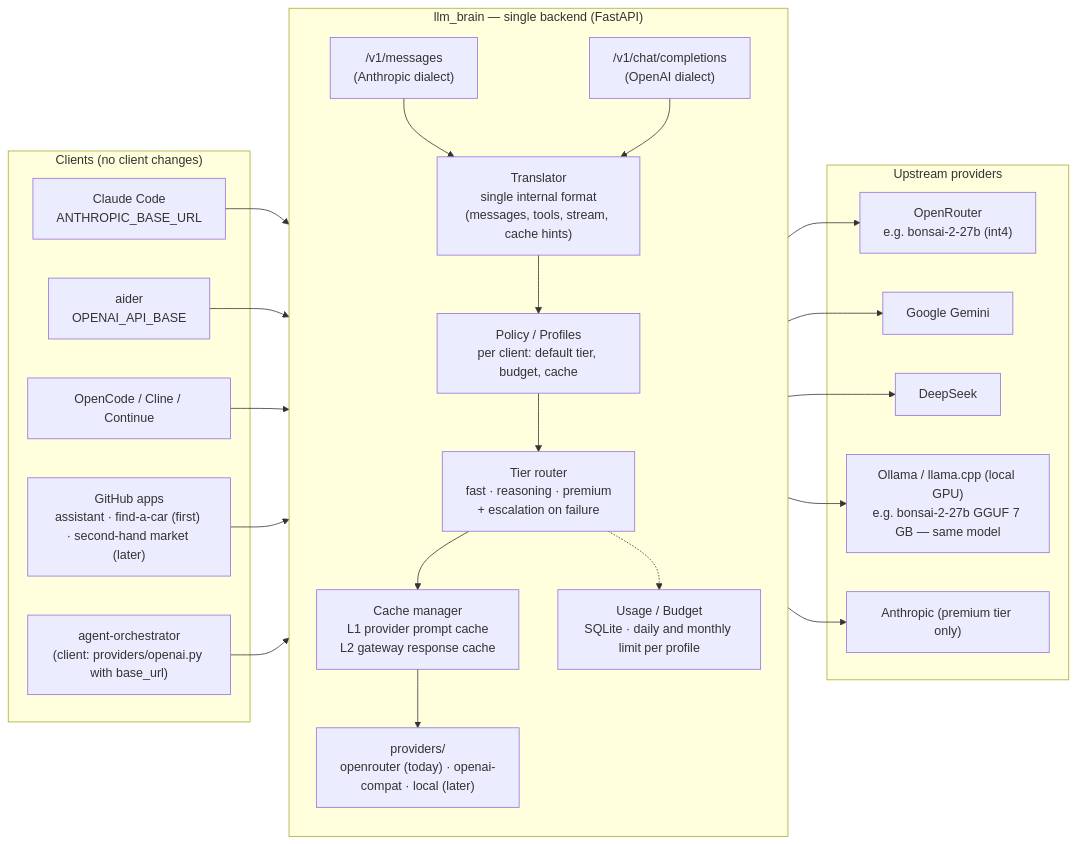
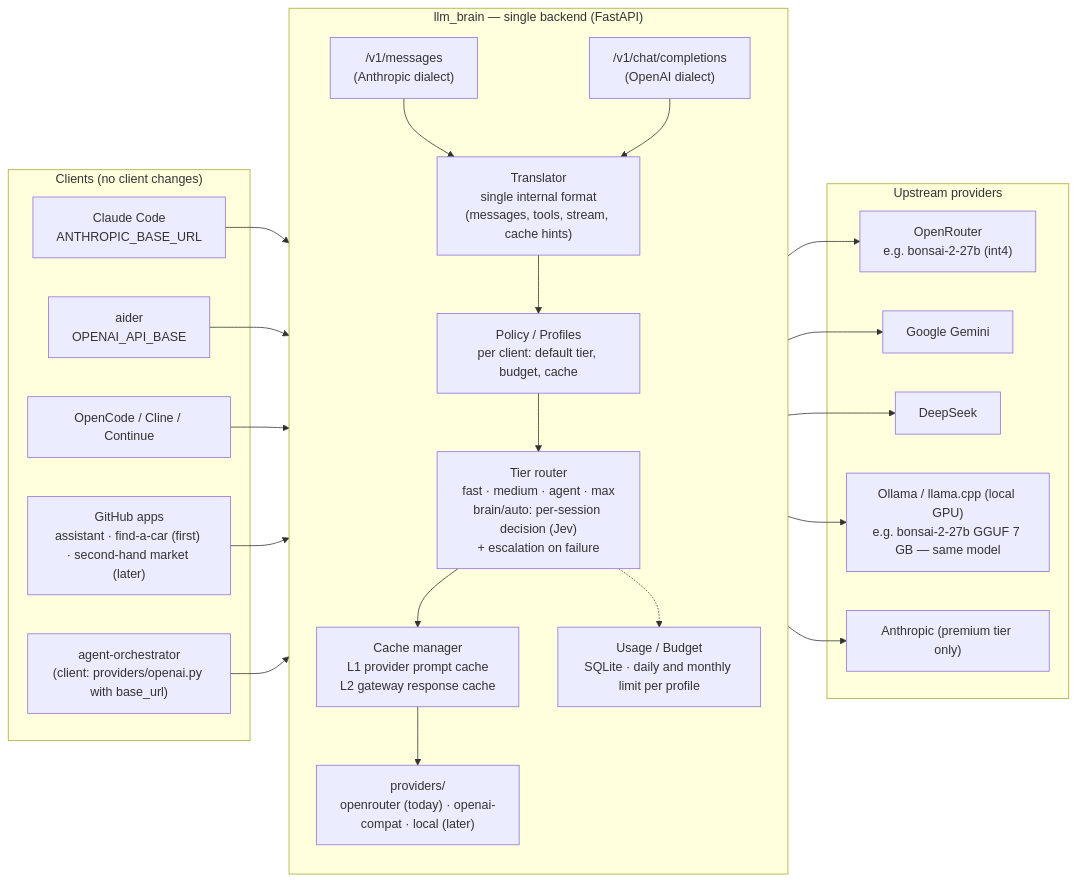
The diagram in diagrams/01-system-overview.mmd (pjcau/llm_brain), drawn with Mermaid before and after one commit. The commit also changed 18 other files, not shown here.

First line of the commit message:
feat(proxy): brain/auto — tier chosen once per session by a decision model

```diff
--- a/diagrams/01-system-overview.mmd
+++ b/diagrams/01-system-overview.mmd
@@ -1,40 +1,40 @@
 flowchart LR
     subgraph CLIENTS["Clients (no client changes)"]
         CC["Claude Code<br/>ANTHROPIC_BASE_URL"]
         AID["aider<br/>OPENAI_API_BASE"]
         OC["OpenCode / Cline / Continue"]
         APPS["GitHub apps<br/>assistant · find-a-car (first) · second-hand market (later)"]
         AGO["agent-orchestrator<br/>(client: providers/openai.py with base_url)"]
     end
 
     subgraph BRAIN["llm_brain — single backend (FastAPI)"]
         direction TB
         EP_A["/v1/messages<br/>(Anthropic dialect)"]
         EP_O["/v1/chat/completions<br/>(OpenAI dialect)"]
         TR["Translator<br/>single internal format<br/>(messages, tools, stream, cache hints)"]
         POL["Policy / Profiles<br/>per client: default tier, budget, cache"]
-        RT["Tier router<br/>fast · reasoning · premium<br/>+ escalation on failure"]
+        RT["Tier router<br/>fast · medium · agent · max<br/>brain/auto: per-session decision (Jev)<br/>+ escalation on failure"]
         CACHE["Cache manager<br/>L1 provider prompt cache<br/>L2 gateway response cache"]
         USG["Usage / Budget<br/>SQLite · daily and monthly limit per profile"]
         PV["providers/<br/>openrouter (today) · openai-compat · local (later)"]
     end
 
     subgraph UPSTREAM["Upstream providers"]
         OR["OpenRouter<br/>e.g. bonsai-2-27b (int4)"]
         GG["Google Gemini"]
         DS["DeepSeek"]
         OL["Ollama / llama.cpp (local GPU)<br/>e.g. bonsai-2-27b GGUF 7 GB — same model"]
         AN["Anthropic (premium tier only)"]
     end
 
     CC --> EP_A
     AID --> EP_O
     OC --> EP_O
     APPS --> EP_O
     AGO --> EP_O
     EP_A --> TR
     EP_O --> TR
     TR --> POL --> RT
     RT --> CACHE --> PV
     RT -.-> USG
     PV --> OR & GG & DS & OL & AN
```
